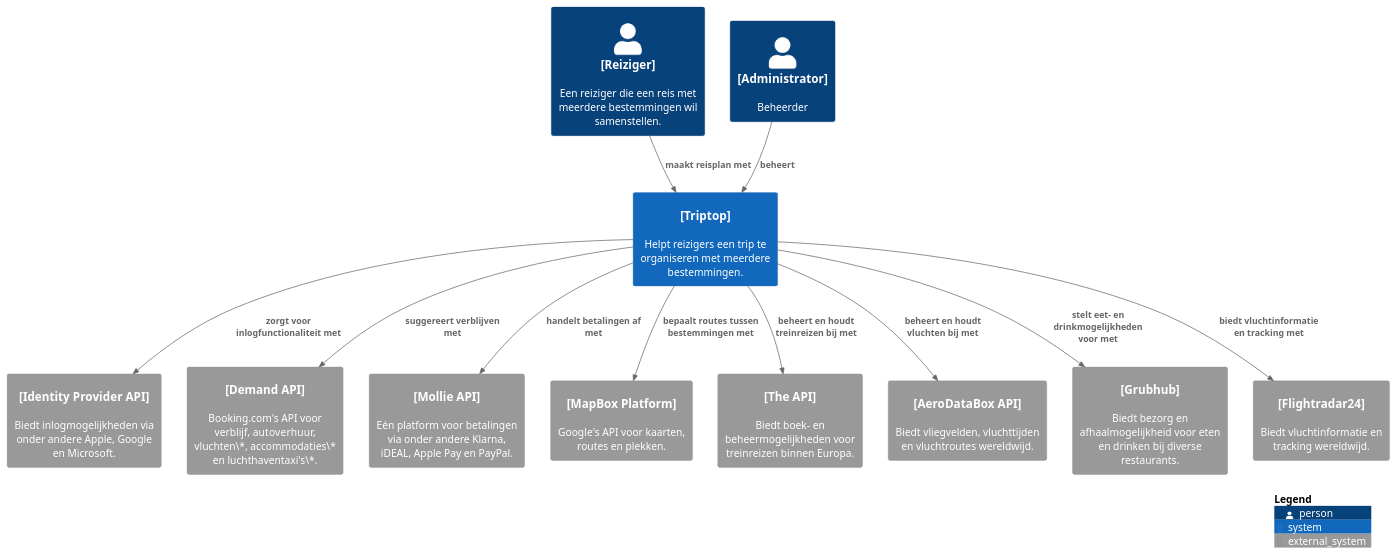
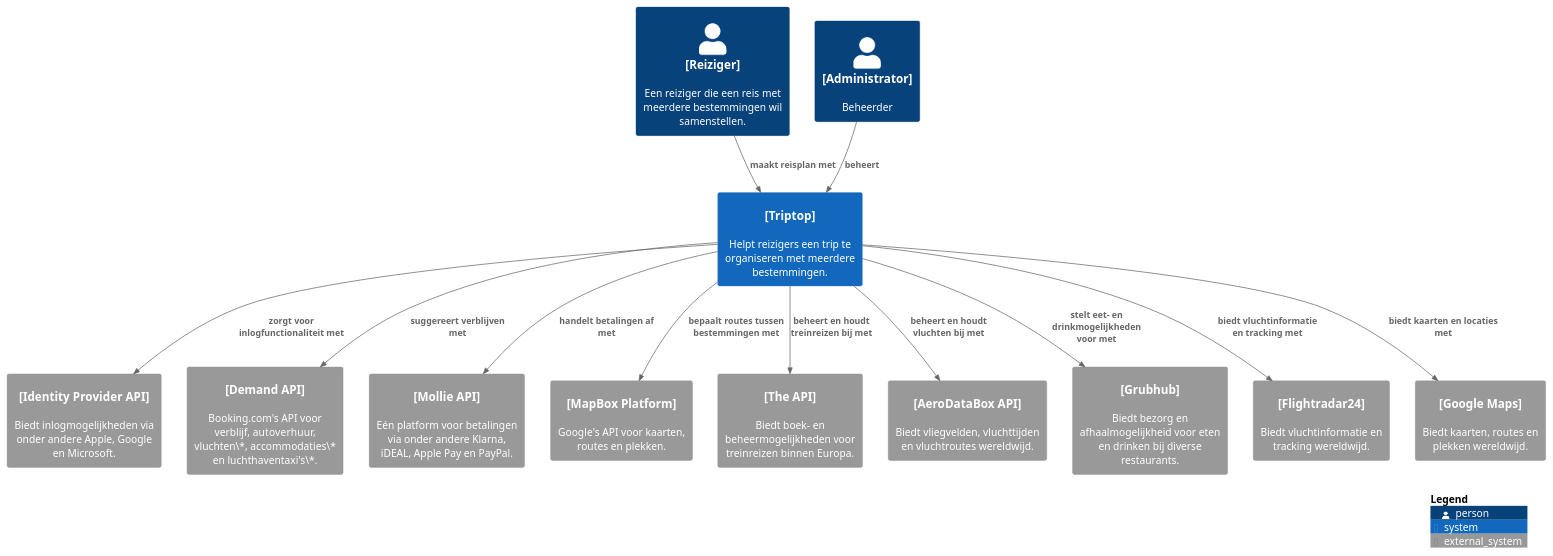
One commit to AIM-ENE-feb25/triptop-groep-b2 changed the diagram in context-diagram.puml. Above: the diagram before and after it, drawn with PlantUML. The commit also changed 1 other file, not shown here.

```diff
--- a/context-diagram.puml
+++ b/context-diagram.puml
@@ -1,40 +1,42 @@
 @startuml C4_Elements
 !include https://raw.githubusercontent.com/plantuml-stdlib/C4-PlantUML/master/C4_Container.puml
 !include <C4/C4_Container>
 top to bottom direction
 
 skinparam {
     rectangle {
         StereotypeFontSize 0
         StereotypeFontColor white
     }
 }
 
 Person(traveller, "[Reiziger]", "Een reiziger die een reis met meerdere bestemmingen wil samenstellen.")
 Person(admin, "[Administrator]", "Beheerder")
 
 System(triptop, "[Triptop]", "Helpt reizigers een trip te organiseren met meerdere bestemmingen.")
 
 System_Ext(identity_provider_api, "[Identity Provider API]", "Biedt inlogmogelijkheden via onder andere Apple, Google en Microsoft.", $link="https://developer.okta.com/docs/api/openapi/okta-management/management/tag/IdentityProvider/")
 System_Ext(demand_api, "[Demand API]", "Booking.com's API voor verblijf, autoverhuur, vluchten\*, accommodaties\* en luchthaventaxi's\*.", $link="https://developers.booking.com/demand/docs/open-api/demand-api")
 System_Ext(mollie_api, "[Mollie API]", "Eén platform voor betalingen via onder andere Klarna, iDEAL, Apple Pay en PayPal.", $link="https://www.mollie.com/nl/")
 System_Ext(MapBox_api, "[MapBox Platform]", "Google's API voor kaarten, routes en plekken.", $link="https://developers.google.com/maps")
 System_Ext(all_aboard_api, "[The API]", "Biedt boek- en beheermogelijkheden voor treinreizen binnen Europa.", $link="https://allaboard.eu/api-solution")
 System_Ext(aeroDataBox_api, "[AeroDataBox API]", "Biedt vliegvelden, vluchttijden en vluchtroutes wereldwijd.", $link="https://rapidapi.com/aedbx-aedbx/api/aerodatabox")
 System_Ext(grubhub_api, "[Grubhub]", "Biedt bezorg en afhaalmogelijkheid voor eten en drinken bij diverse restaurants.", $link="https://www.grubhub.com/")
 System_Ext(Flightradar24_api, "[Flightradar24]", "Biedt vluchtinformatie en tracking wereldwijd.", $link="https://www.flightradar24.com/")
+System_Ext(Googlemaps_api, "[Google Maps]", "Biedt kaarten, routes en plekken wereldwijd.", $link="https://developers.google.com/maps")
 
 Rel(traveller, triptop, "maakt reisplan met")
 Rel(admin, triptop, "beheert")
 
 Rel(triptop, identity_provider_api, "zorgt voor inlogfunctionaliteit met")
 Rel(triptop, demand_api, "suggereert verblijven met")
 Rel(triptop, mollie_api, "handelt betalingen af met")
 Rel(triptop, MapBox_api, "bepaalt routes tussen bestemmingen met")
 Rel(triptop, all_aboard_api, "beheert en houdt treinreizen bij met")
 Rel(triptop, aeroDataBox_api, "beheert en houdt vluchten bij met")
 Rel(triptop, grubhub_api, "stelt eet- en drinkmogelijkheden voor met")
 Rel(triptop, Flightradar24_api, "biedt vluchtinformatie en tracking met")
+Rel(triptop, Googlemaps_api, "biedt kaarten en locaties met")
 
 SHOW_LEGEND(TRUE)
 @enduml
```
